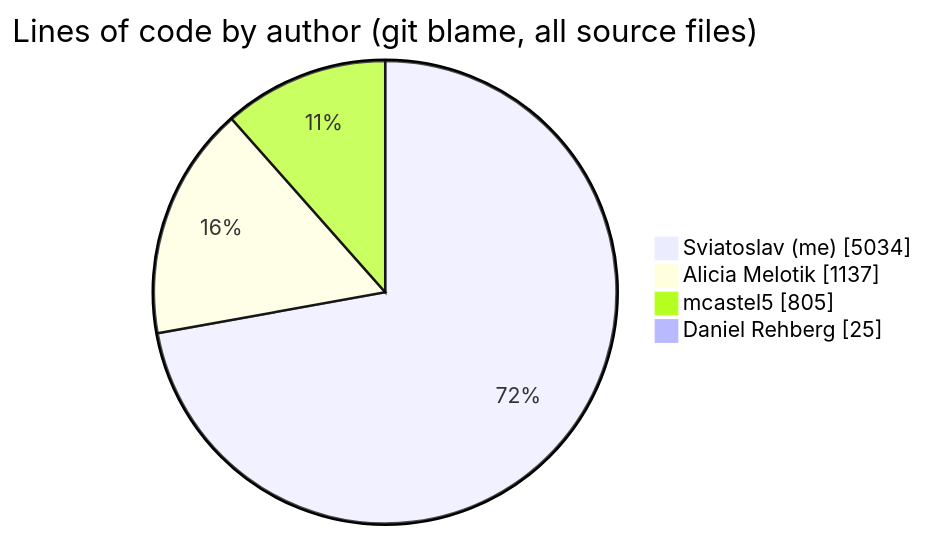
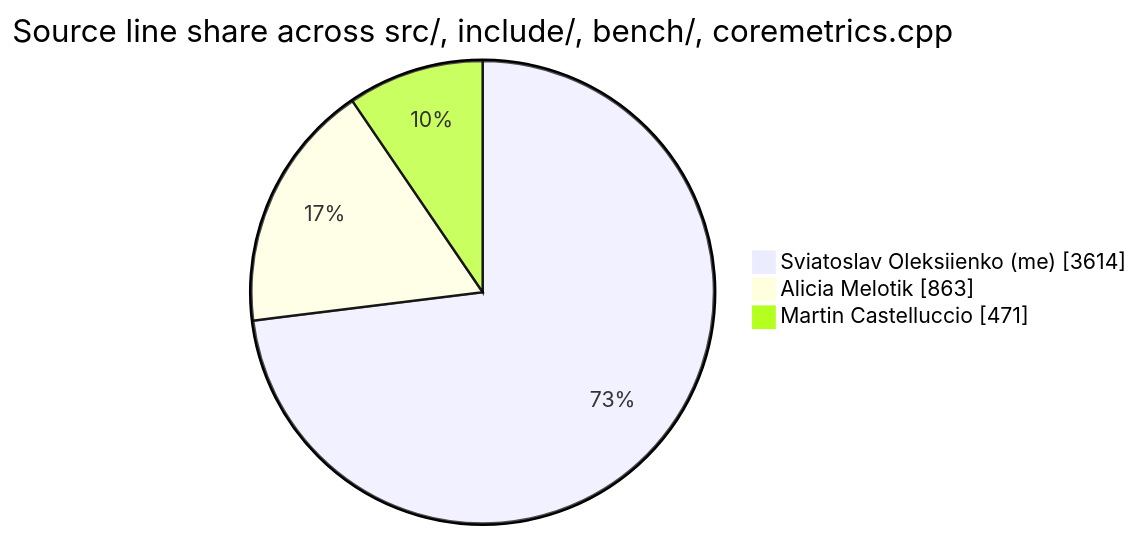
Before and after one commit to sviatil0/coremetrics: the second of 2 diagrams in README.md, drawn with Mermaid. The commit also changed other lines of this file and 8 other files, not shown here.

````diff
--- a/README.md
+++ b/README.md
@@ -335,8 +343,7 @@
 ```mermaid
 pie showData
-    title Lines of code by author (git blame, all source files)
-    "Sviatoslav (me)" : 5034
-    "Alicia Melotik" : 1137
-    "mcastel5" : 805
-    "Daniel Rehberg" : 25
+    title Source line share across src/, include/, bench/, coremetrics.cpp
+    "Sviatoslav Oleksiienko (me)" : 3614
+    "Alicia Melotik" : 863
+    "Martin Castelluccio" : 471
 ```
````
